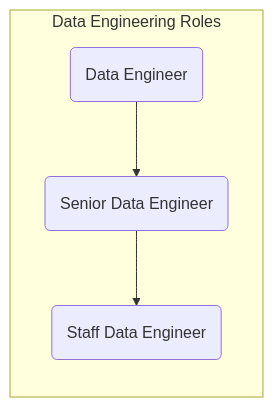
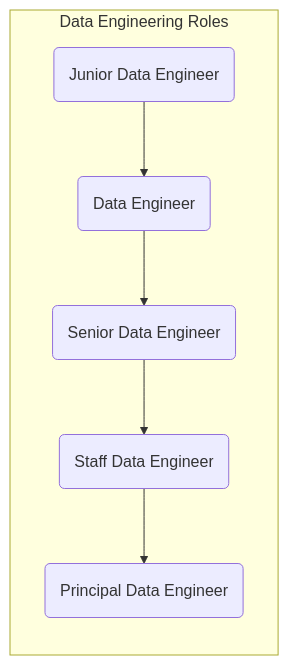
The first of 7 diagrams in content/handbook/enterprise-data/organization/_index.md (zalyoung/gitlab-handbook), drawn with Mermaid before and after one commit. The commit also changed other lines of this file, not shown here.

Commit message:
Update Data Team Organization Page

````diff
--- a/content/handbook/enterprise-data/organization/_index.md
+++ b/content/handbook/enterprise-data/organization/_index.md
@@ -104,11 +103,15 @@
 ```mermaid
   graph LR;
   subgraph Data Engineering Roles
+    supe:jde(Junior Data Engineer)-->supe:de(Data Engineer);
     supe:de(Data Engineer)-->supe:sde(Senior Data Engineer);
     supe:sde(Senior Data Engineer)-->supe:fde(Staff Data Engineer);
+    supe:fde(Staff Data Engineer)-->supe:pde(Principal Data Engineer);
   end
 
-  click supe:de "https://handbook.gitlab.com/job-families/finance/data-engineer#data-engineer";
-  click supe:sde "https://handbook.gitlab.com/job-families/finance/data-engineer#senior-data-engineer";
-  click supe:fde "https://handbook.gitlab.com/job-families/finance/data-management#staff-data-engineer";
+  click supe:jde "https://handbook.gitlab.com/job-families/marketing/enterprise-data/data-engineer/#junior-data-engineer";
+  click supe:de "https://handbook.gitlab.com/job-families/marketing/enterprise-data/data-engineer/";
+  click supe:sde "https://handbook.gitlab.com/job-families/marketing/enterprise-data/data-engineer/#senior-data-engineer";
+  click supe:fde "https://handbook.gitlab.com/job-families/marketing/enterprise-data/data-engineer/#staff-data-engineer";
+  click supe:pde "https://handbook.gitlab.com/job-families/marketing/enterprise-data/data-engineer/#prinicipal-data-engineer";
 ```
````
